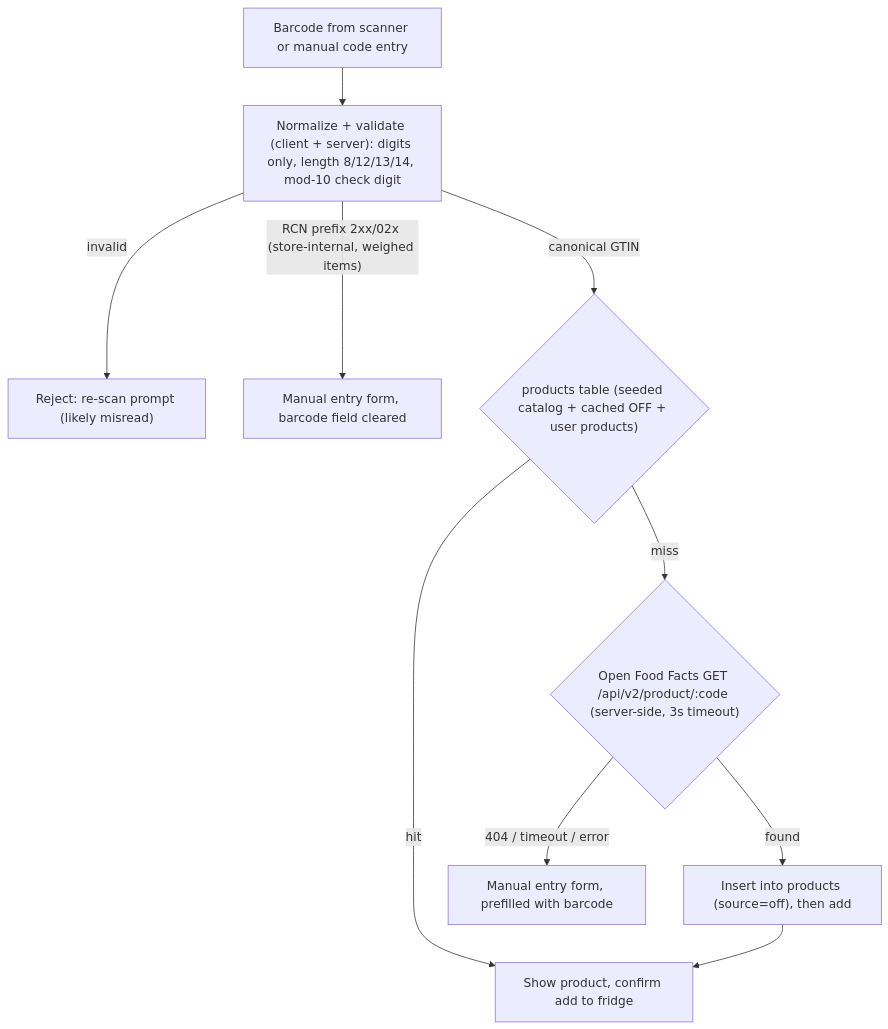
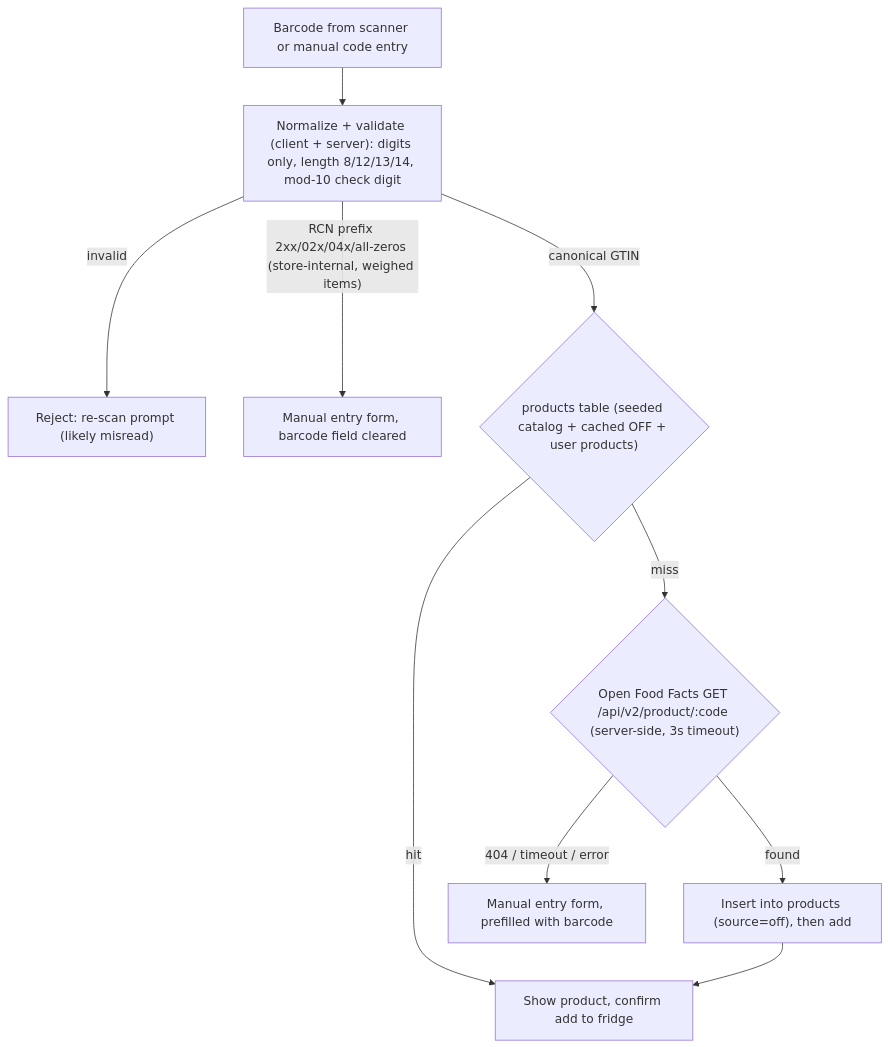
Before and after one commit to itaynachshon/fullstack-final-project-2026: the second of 4 diagrams in docs/IMPLEMENTATION_PLAN.md, drawn with Mermaid. The commit also changed other lines of this file and 29 other files, not shown here.

Commit message:
integrate scanner into Add flow, unify barcode domain, self-host ZXing WASM, fix consumption delta sign, align docs with implementation

````diff
--- a/docs/IMPLEMENTATION_PLAN.md
+++ b/docs/IMPLEMENTATION_PLAN.md
@@ -138,11 +138,11 @@
 ```mermaid
 flowchart TD
     Scan["Barcode from scanner or manual code entry"] --> Norm["Normalize + validate (client + server): digits only, length 8/12/13/14, mod-10 check digit"]
     Norm -->|invalid| Rescan["Reject: re-scan prompt (likely misread)"]
-    Norm -->|"RCN prefix 2xx/02x (store-internal, weighed items)"| Manual["Manual entry form, barcode field cleared"]
+    Norm -->|"RCN prefix 2xx/02x/04x/all-zeros (store-internal, weighed items)"| Manual["Manual entry form, barcode field cleared"]
     Norm -->|"canonical GTIN"| DB{"products table (seeded catalog + cached OFF + user products)"}
     DB -->|hit| Add["Show product, confirm add to fridge"]
     DB -->|miss| OFFCall{"Open Food Facts GET /api/v2/product/:code (server-side, 3s timeout)"}
     OFFCall -->|found| Cache["Insert into products (source=off), then add"] --> Add
     OFFCall -->|"404 / timeout / error"| ManualPre["Manual entry form, prefilled with barcode"]
 ```
````
